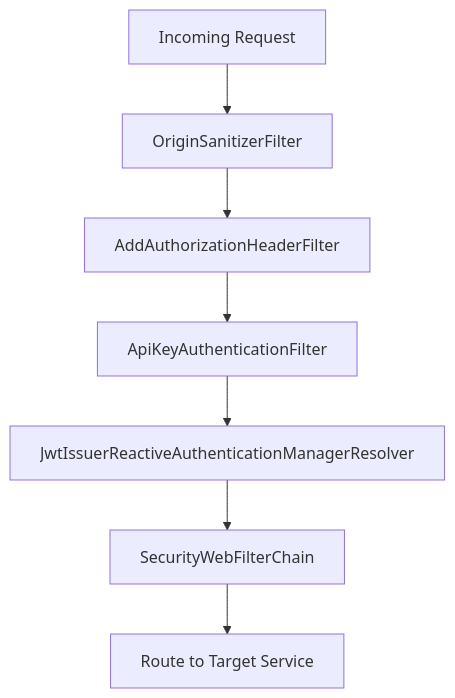
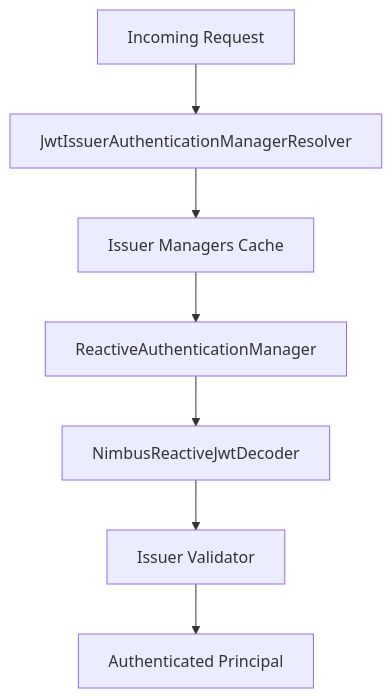
One commit to flamingo-stack/openframe-oss-lib changed the second of 6 diagrams in docs/reference/architecture/gateway-service-core/gateway-service-core.md. Above: the diagram before and after it, drawn with Mermaid. The commit also changed other lines of this file and 212 other files, not shown here.

````diff
--- a/docs/reference/architecture/gateway-service-core/gateway-service-core.md
+++ b/docs/reference/architecture/gateway-service-core/gateway-service-core.md
@@ -55,9 +88,9 @@
 ```mermaid
 flowchart TD
-    Request["Incoming Request"] --> OriginFilter["OriginSanitizerFilter"]
-    OriginFilter --> AuthHeader["AddAuthorizationHeaderFilter"]
-    AuthHeader --> ApiKeyFilter["ApiKeyAuthenticationFilter"]
-    ApiKeyFilter --> JwtResolver["JwtIssuerReactiveAuthenticationManagerResolver"]
-    JwtResolver --> SecurityChain["SecurityWebFilterChain"]
-    SecurityChain --> Route["Route to Target Service"]
+    Request["Incoming Request"] --> Resolver["JwtIssuerAuthenticationManagerResolver"]
+    Resolver --> Cache["Issuer Managers Cache"]
+    Cache --> Manager["ReactiveAuthenticationManager"]
+    Manager --> Decoder["NimbusReactiveJwtDecoder"]
+    Decoder --> Validator["Issuer Validator"]
+    Validator --> Authenticated["Authenticated Principal"]
 ```
````
